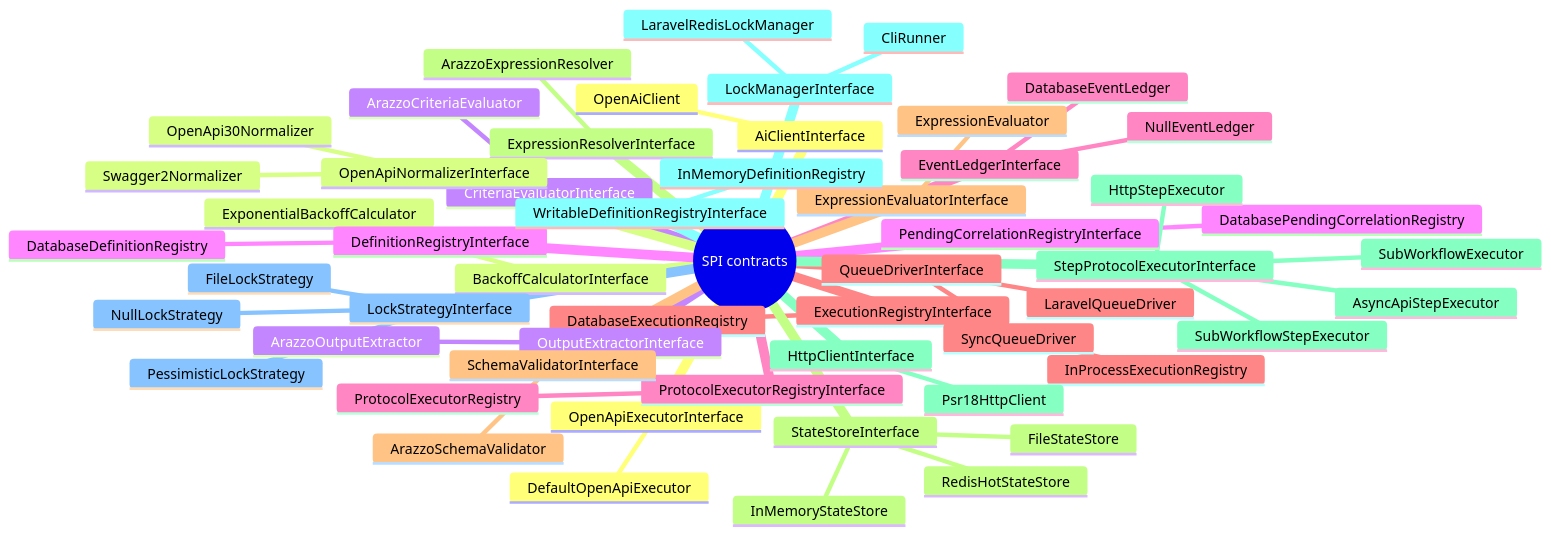
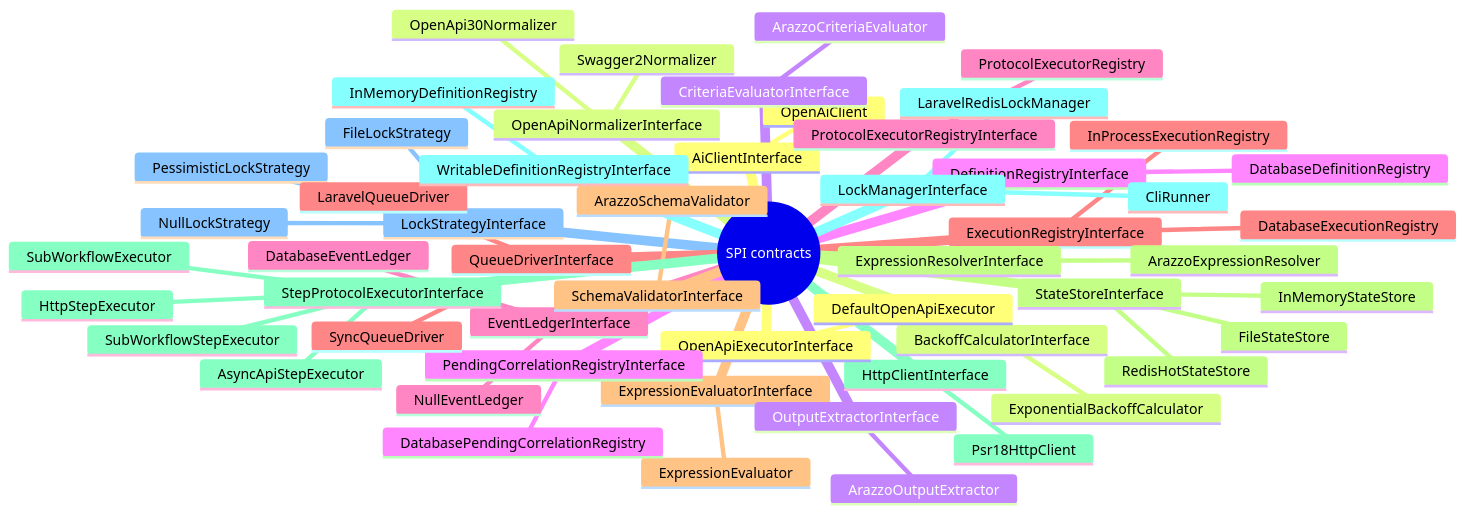
The diagram in docs/generated/extension-points.md (Mohammed-Alama/php-arazzo), drawn with Mermaid before and after one commit. The commit also changed other lines of this file and 145 other files, not shown here.

````diff
--- a/docs/generated/extension-points.md
+++ b/docs/generated/extension-points.md
@@ -12,58 +12,58 @@
 ```mermaid
 mindmap
   root((SPI contracts))
     AiClientInterface
       OpenAiClient
     BackoffCalculatorInterface
       ExponentialBackoffCalculator
     CriteriaEvaluatorInterface
       ArazzoCriteriaEvaluator
     DefinitionRegistryInterface
       DatabaseDefinitionRegistry
     EventLedgerInterface
       NullEventLedger
       DatabaseEventLedger
     ExecutionRegistryInterface
       InProcessExecutionRegistry
       DatabaseExecutionRegistry
     ExpressionEvaluatorInterface
       ExpressionEvaluator
     ExpressionResolverInterface
       ArazzoExpressionResolver
     HttpClientInterface
       Psr18HttpClient
     LockManagerInterface
       CliRunner
       LaravelRedisLockManager
     LockStrategyInterface
       FileLockStrategy
       NullLockStrategy
       PessimisticLockStrategy
     OpenApiExecutorInterface
       DefaultOpenApiExecutor
     OpenApiNormalizerInterface
       Swagger2Normalizer
       OpenApi30Normalizer
     OutputExtractorInterface
       ArazzoOutputExtractor
     PendingCorrelationRegistryInterface
       DatabasePendingCorrelationRegistry
     ProtocolExecutorRegistryInterface
       ProtocolExecutorRegistry
     QueueDriverInterface
       SyncQueueDriver
       LaravelQueueDriver
     SchemaValidatorInterface
       ArazzoSchemaValidator
     StateStoreInterface
       FileStateStore
       InMemoryStateStore
       RedisHotStateStore
     StepProtocolExecutorInterface
       HttpStepExecutor
+      SubWorkflowExecutor
       AsyncApiStepExecutor
       SubWorkflowStepExecutor
-      SubWorkflowExecutor
     WritableDefinitionRegistryInterface
       InMemoryDefinitionRegistry
 ```
````
